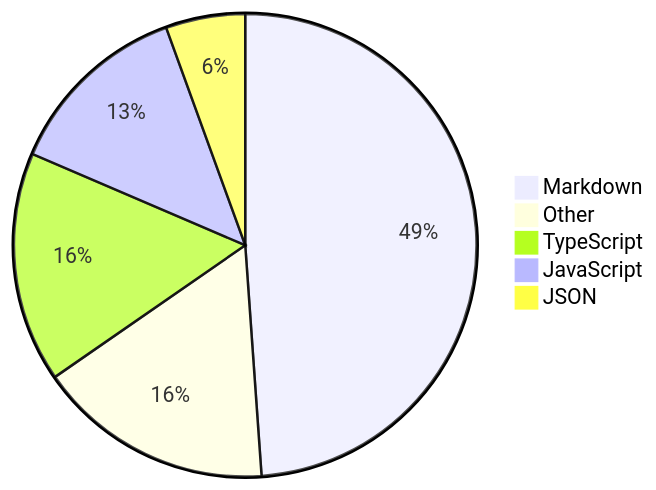
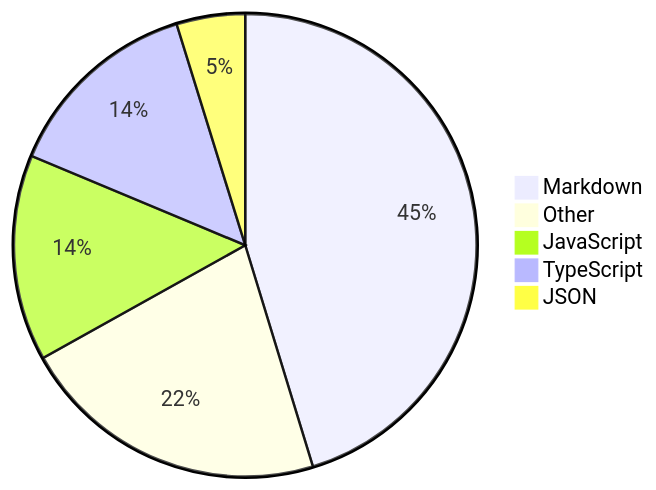
The diagram in README.md (Alicia111/alicia111), drawn with Mermaid before and after one commit.

Commit message:
Update WakaTime stats (・ω・)b

````diff
--- a/README.md
+++ b/README.md
@@ -32,8 +32,8 @@
 ```mermaid
 pie
-    "Markdown" : 42.54
-    "Other" : 14.35
-    "TypeScript" : 14.0
-    "JavaScript" : 11.32
-    "JSON" : 4.83
+    "Markdown" : 39.88
+    "Other" : 19.05
+    "JavaScript" : 12.68
+    "TypeScript" : 12.25
+    "JSON" : 4.22
 ```
````
